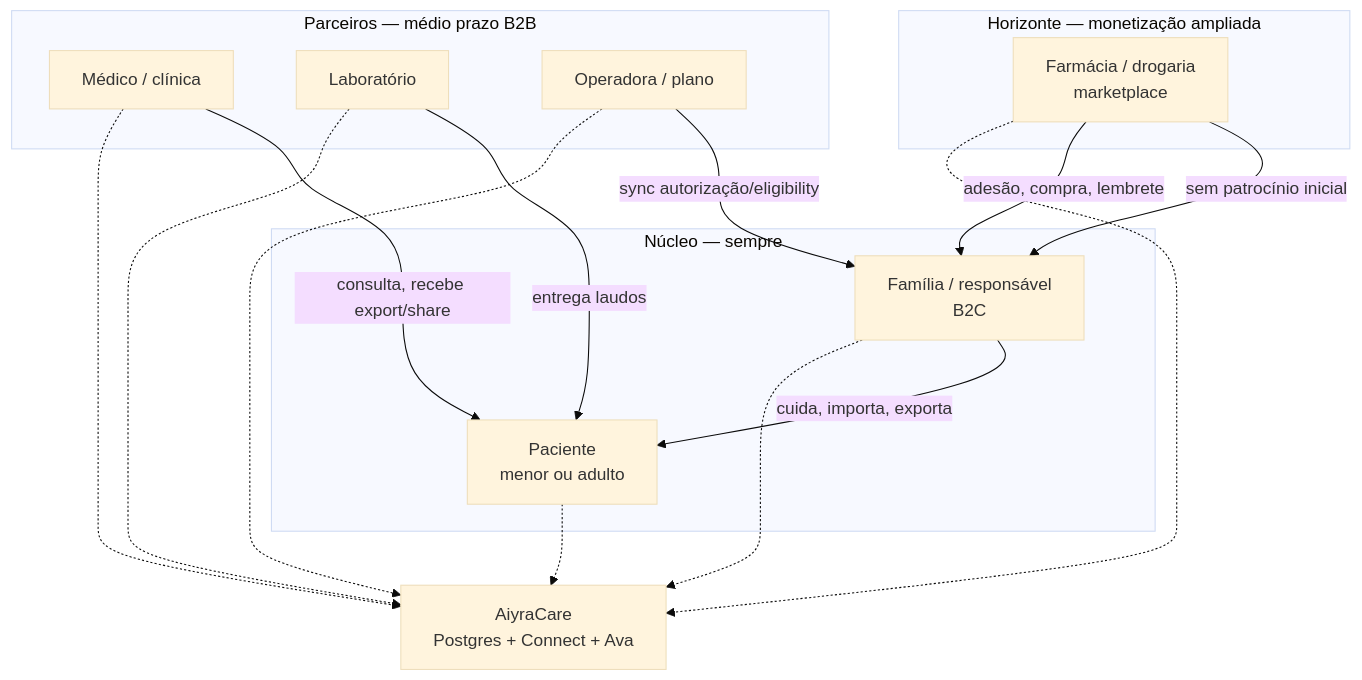
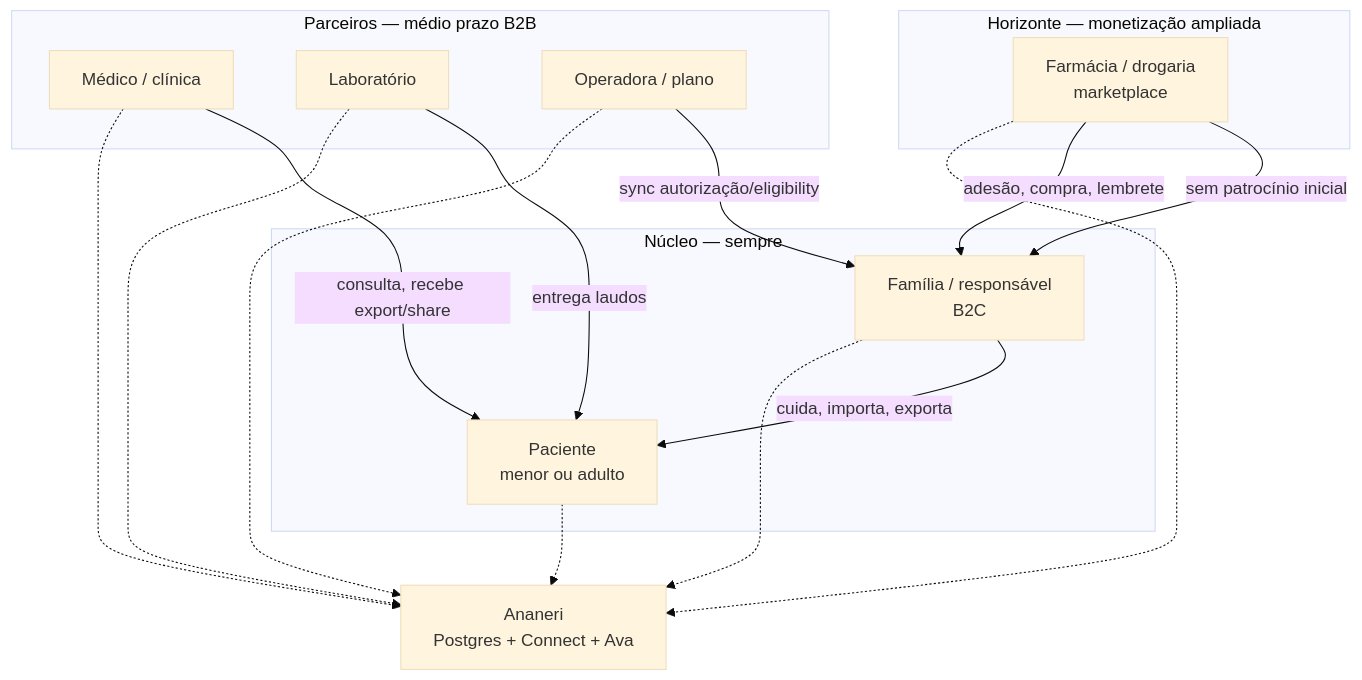
Before and after one commit to RafaDru/aiyra-care: the first of 5 diagrams in docs/ECOSYSTEM.md, drawn with Mermaid (base theme). The commit also changed other lines of this file and 83 other files, not shown here.

````diff
--- a/docs/ECOSYSTEM.md
+++ b/docs/ECOSYSTEM.md
@@ -16,27 +16,27 @@
 ```mermaid
 flowchart TB
   subgraph core["Núcleo — sempre"]
     FAM["Família / responsável<br/>B2C"]
     PAT["Paciente<br/>menor ou adulto"]
   end
 
   subgraph partners["Parceiros — médio prazo B2B"]
     MED["Médico / clínica"]
     LAB["Laboratório"]
     PLAN["Operadora / plano"]
   end
 
   subgraph horizon["Horizonte — monetização ampliada"]
     PHARM["Farmácia / drogaria<br/>marketplace"]
     PHARM -->|"sem patrocínio inicial"| FAM
   end
 
   FAM -->|"cuida, importa, exporta"| PAT
   MED -->|"consulta, recebe export/share"| PAT
   LAB -->|"entrega laudos"| PAT
   PLAN -->|"sync autorização/eligibility"| FAM
   PHARM -->|"adesão, compra, lembrete"| FAM
 
-  AIYRA["AiyraCare<br/>Postgres + Connect + Ava"]
+  AIYRA["Ananeri<br/>Postgres + Connect + Ava"]
   FAM & PAT & MED & LAB & PLAN & PHARM -.-> AIYRA
 ```
````
